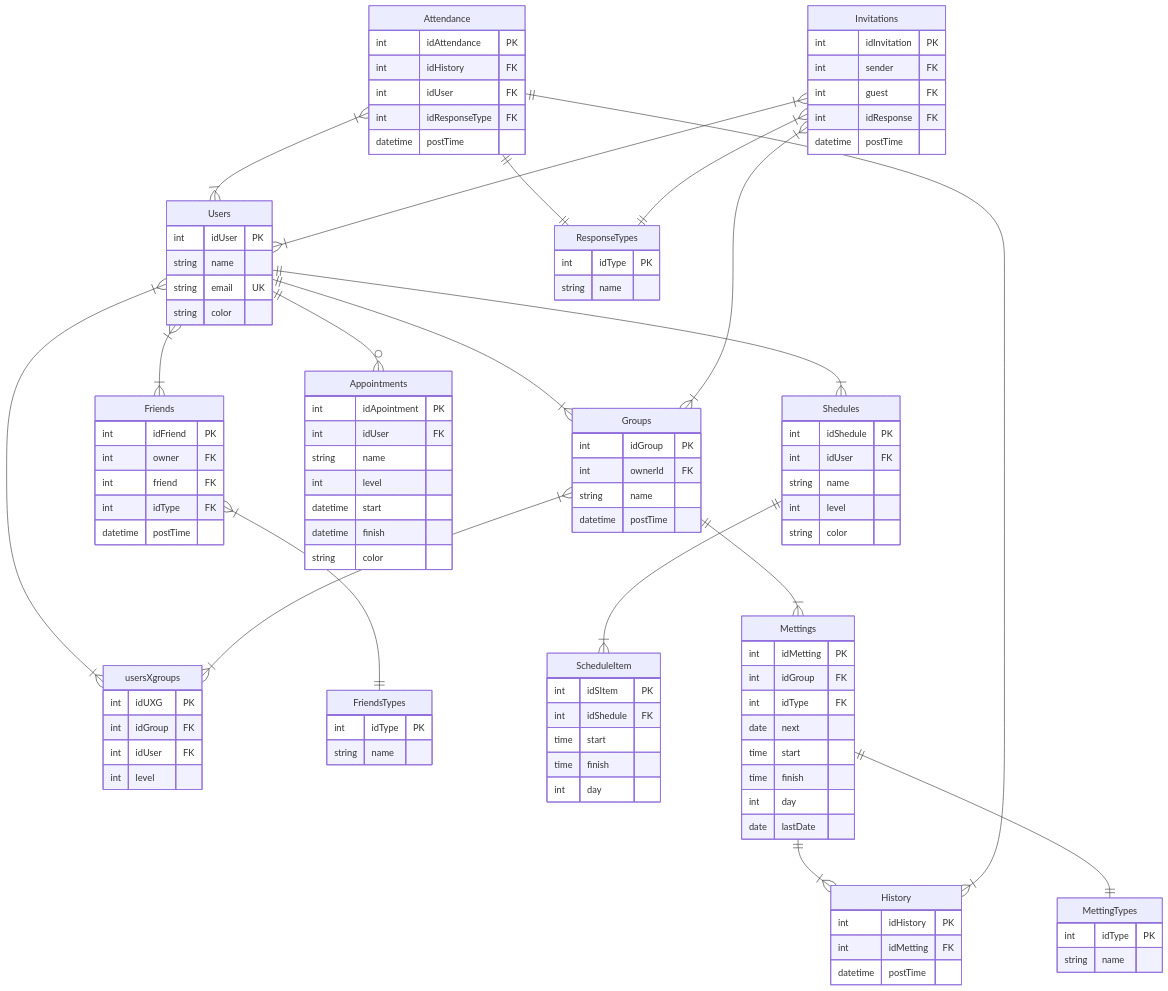
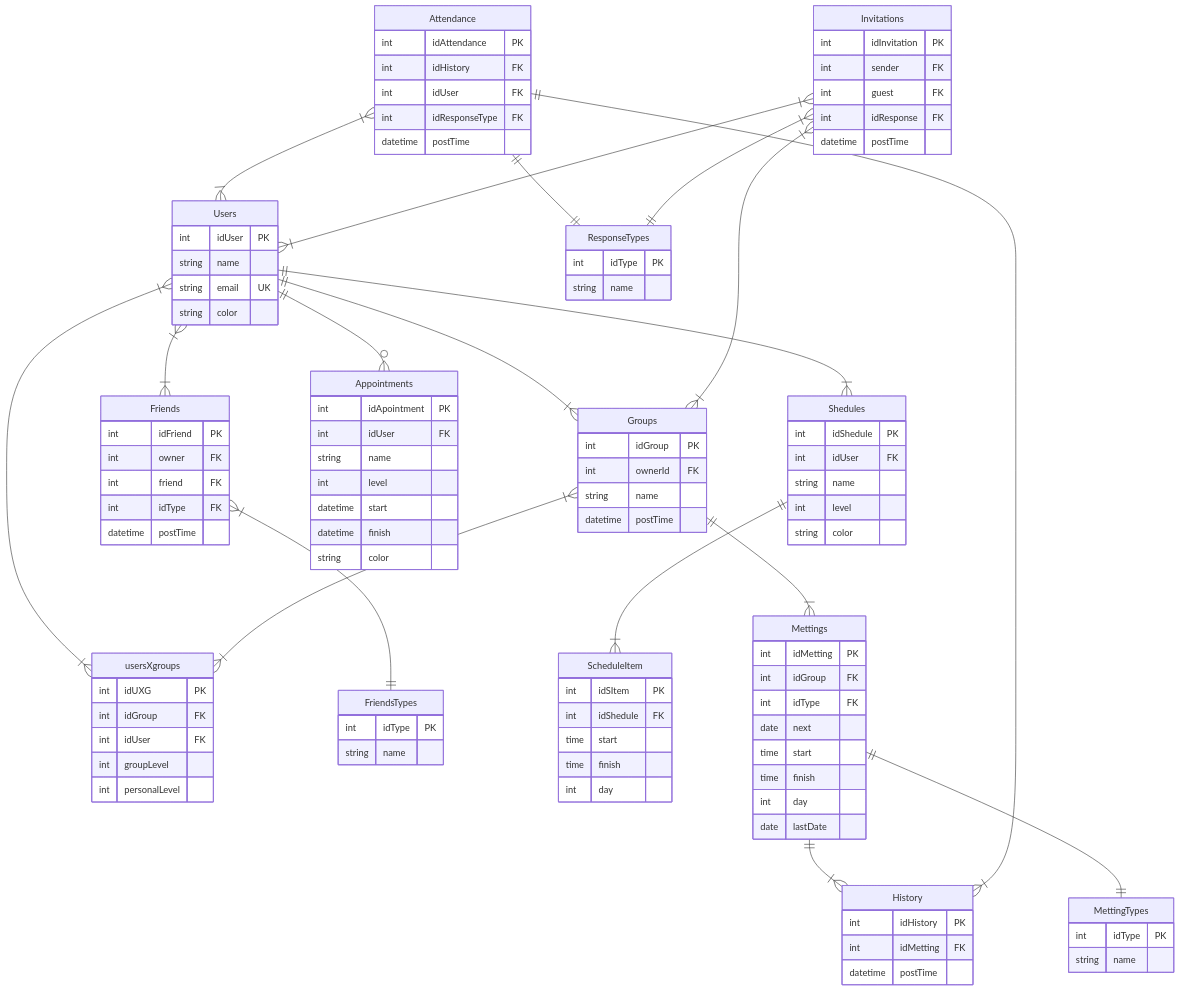
Before and after one commit to AvocadoAguacate/loop_me_in: the first of 4 diagrams in Backend/db/readme.md, drawn with Mermaid. The commit also changed other lines of this file, not shown here.

```diff
--- a/Backend/db/readme.md
+++ b/Backend/db/readme.md
@@ -19,7 +19,8 @@
     int idUXG PK
     int idGroup FK
     int idUser FK
-    int level 
+    int groupLevel 
+    int personalLevel
   }
   Users }|--|{  usersXgroups: ""
   Groups }|--|{  usersXgroups: ""
```
